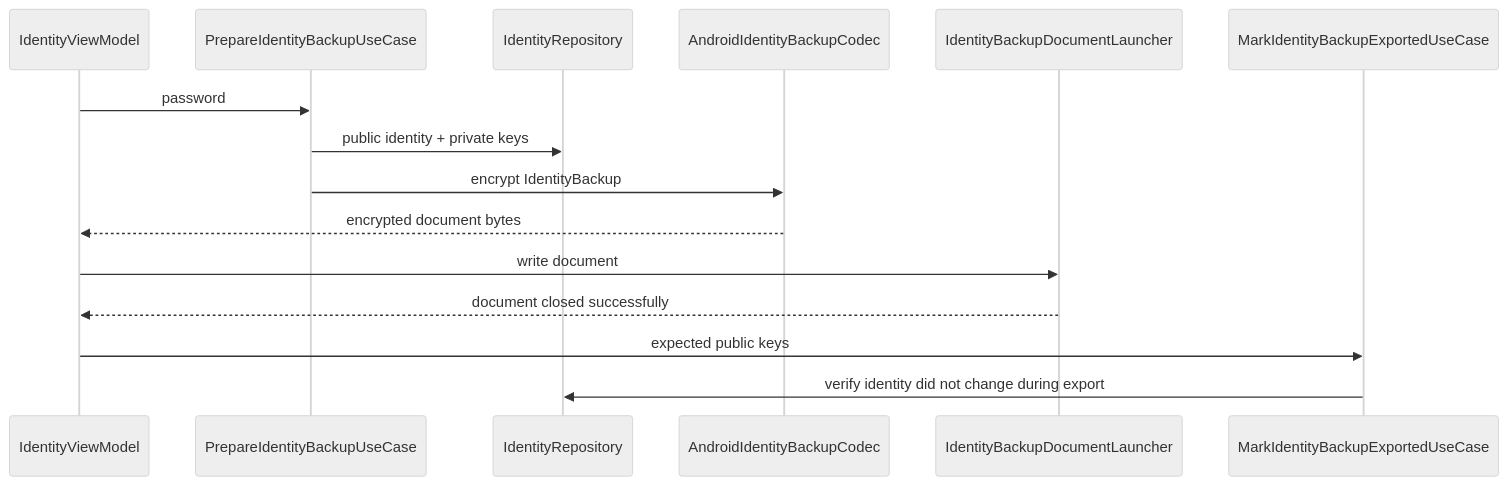
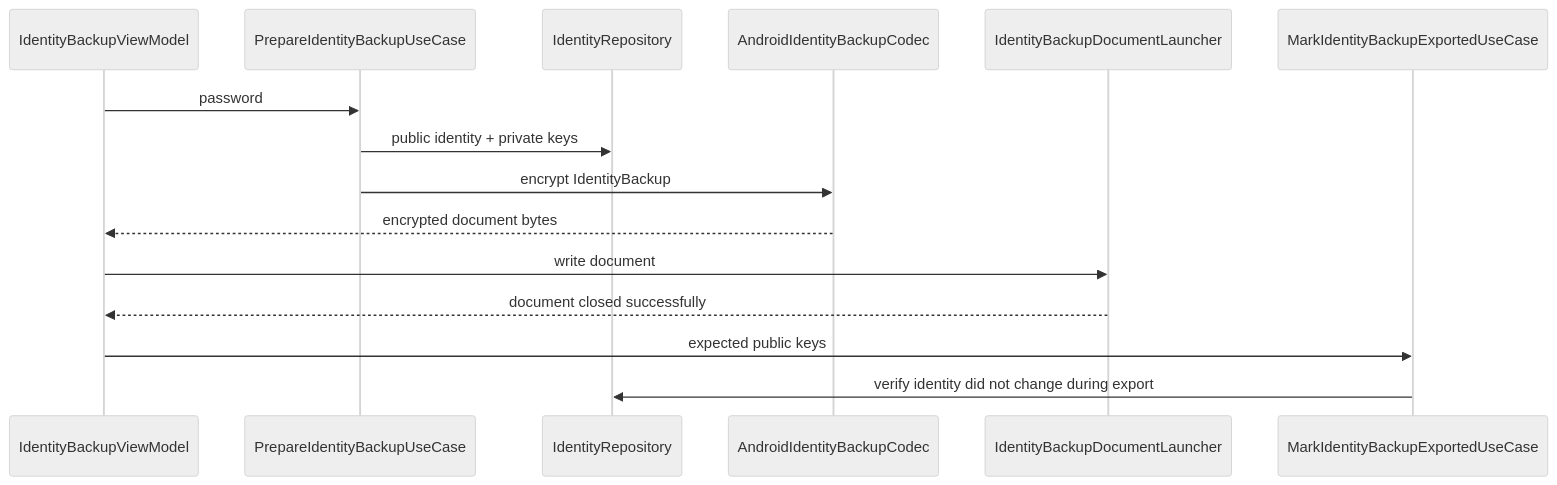
Before and after one commit to cbgm/Sparrow: the first of 3 diagrams in docs/features/identity-recovery.md, drawn with Mermaid (neutral theme). The commit also changed other lines of this file and 102 other files, not shown here.

````diff
--- a/docs/features/identity-recovery.md
+++ b/docs/features/identity-recovery.md
@@ -36,18 +37,18 @@
 ```mermaid
 sequenceDiagram
-    participant UI as IdentityViewModel
+    participant UI as IdentityBackupViewModel
     participant PREP as PrepareIdentityBackupUseCase
     participant ID as IdentityRepository
     participant CODEC as AndroidIdentityBackupCodec
     participant SAF as IdentityBackupDocumentLauncher
     participant MARK as MarkIdentityBackupExportedUseCase
 
     UI->>PREP: password
     PREP->>ID: public identity + private keys
     PREP->>CODEC: encrypt IdentityBackup
     CODEC-->>UI: encrypted document bytes
     UI->>SAF: write document
     SAF-->>UI: document closed successfully
     UI->>MARK: expected public keys
     MARK->>ID: verify identity did not change during export
 ```
````
